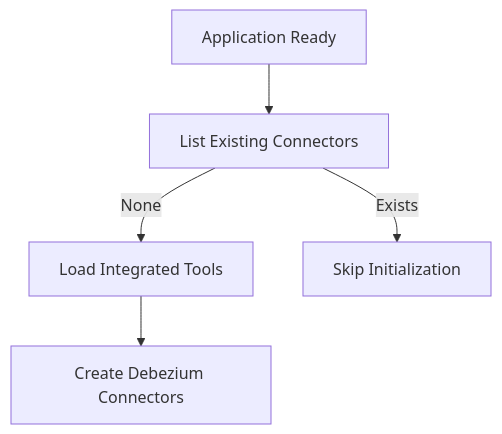
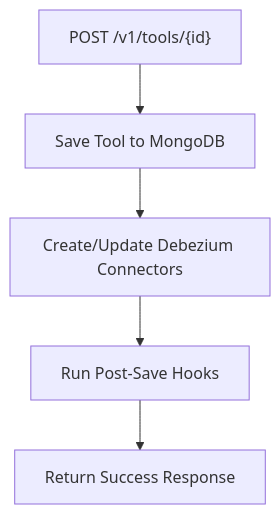
The diagram in docs/architecture/diagrams/management-service-core-3.mmd (Praesto-Pro/openframe-oss-tenant), drawn with Mermaid before and after one commit. The commit also changed 214 other files, not shown here.

```diff
--- a/docs/architecture/diagrams/management-service-core-3.mmd
+++ b/docs/architecture/diagrams/management-service-core-3.mmd
@@ -1,5 +1,5 @@
 flowchart TD
-    AppReady["Application Ready"] --> Check["List Existing Connectors"]
-    Check -->|"None"| LoadTools["Load Integrated Tools"]
-    LoadTools --> Create["Create Debezium Connectors"]
-    Check -->|"Exists"| Skip["Skip Initialization"]
+    Request["POST /v1/tools/{id}"] --> SaveTool["Save Tool to MongoDB"]
+    SaveTool --> CreateConnector["Create/Update Debezium Connectors"]
+    CreateConnector --> ExecuteHooks["Run Post-Save Hooks"]
+    ExecuteHooks --> Response["Return Success Response"]
```
